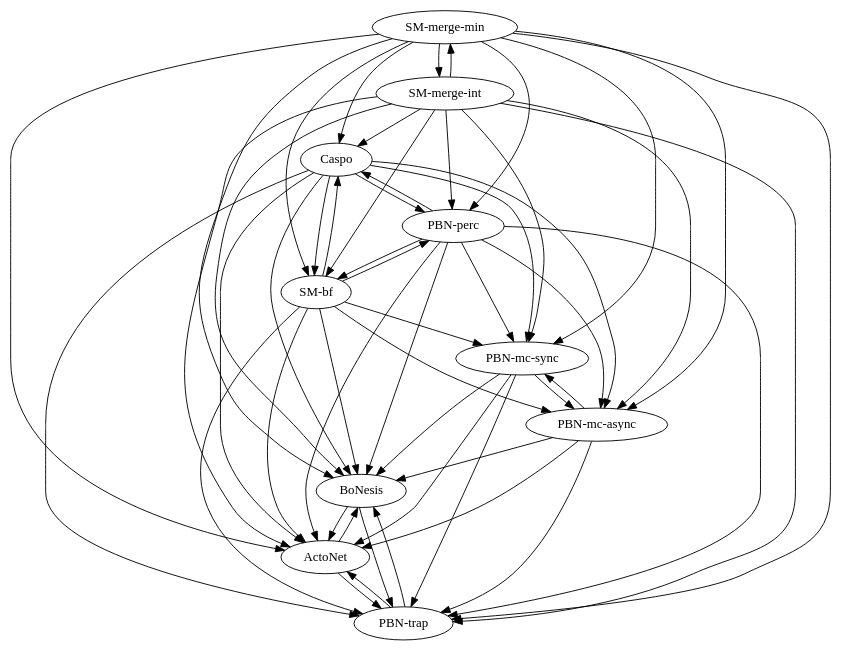
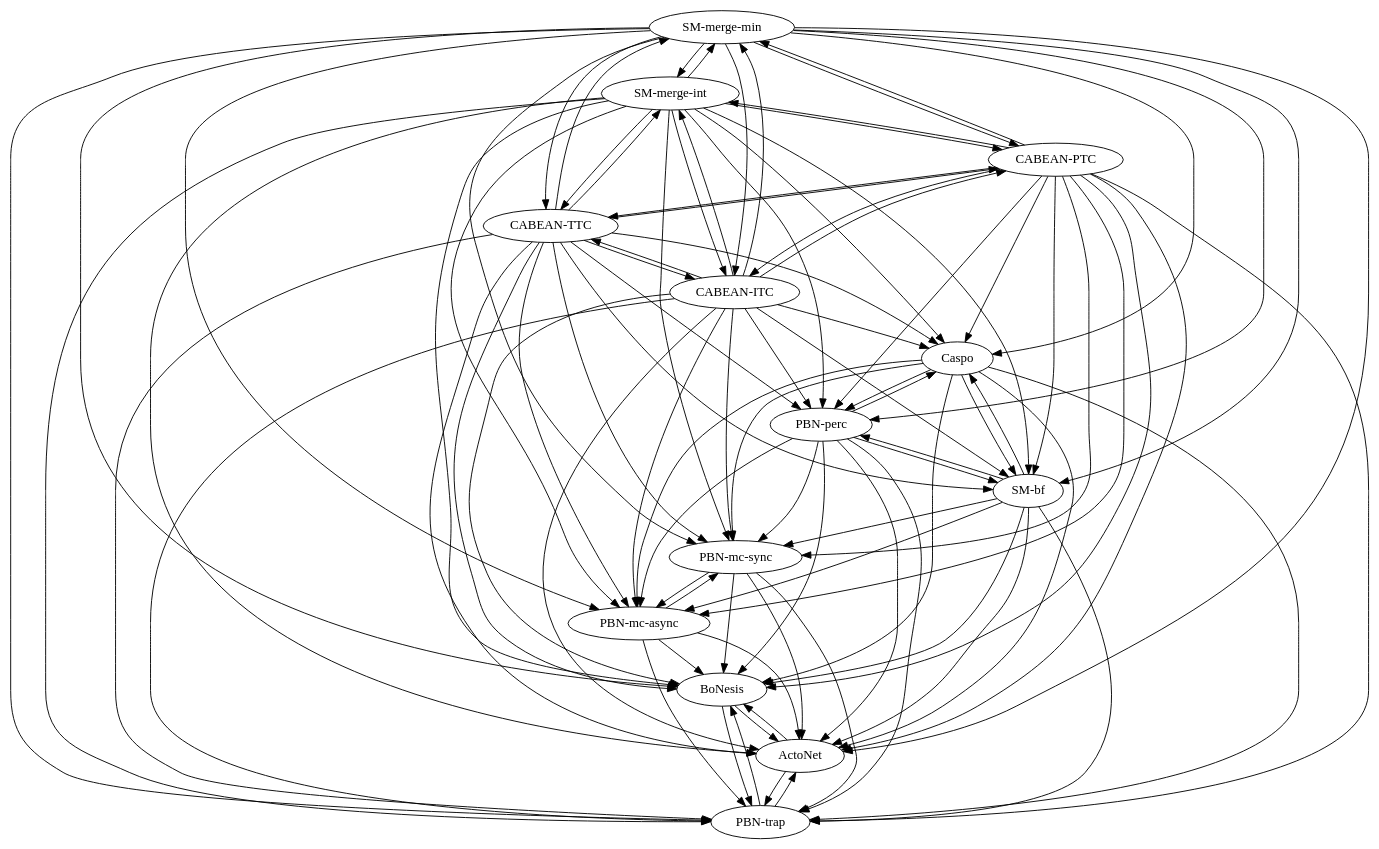
One commit to kalebmoon07/BN-control-taxonomy changed the diagram in experiments/results/counterexamples/ce_yes_MTS_no_ASA/_graph.dot. Above: the diagram before and after it, drawn with Graphviz. The commit also changed 85 other files, not shown here.

```diff
--- a/experiments/results/counterexamples/ce_yes_MTS_no_ASA/_graph.dot
+++ b/experiments/results/counterexamples/ce_yes_MTS_no_ASA/_graph.dot
@@ -1,65 +1,110 @@
 strict digraph  {
 BoNesis;
 ActoNet;
 Caspo;
 "PBN-mc-sync";
 "PBN-mc-async";
 "PBN-perc";
 "PBN-trap";
 "SM-bf";
 "SM-merge-min";
 "SM-merge-int";
+"CABEAN-ITC";
+"CABEAN-TTC";
+"CABEAN-PTC";
 BoNesis -> ActoNet;
 BoNesis -> "PBN-trap";
 ActoNet -> BoNesis;
 ActoNet -> "PBN-trap";
 Caspo -> ActoNet;
 Caspo -> BoNesis;
 Caspo -> "PBN-mc-sync";
 Caspo -> "PBN-mc-async";
 Caspo -> "PBN-perc";
 Caspo -> "PBN-trap";
 Caspo -> "SM-bf";
 "PBN-mc-sync" -> ActoNet;
 "PBN-mc-sync" -> BoNesis;
 "PBN-mc-sync" -> "PBN-mc-async";
 "PBN-mc-sync" -> "PBN-trap";
 "PBN-mc-async" -> ActoNet;
 "PBN-mc-async" -> BoNesis;
 "PBN-mc-async" -> "PBN-mc-sync";
 "PBN-mc-async" -> "PBN-trap";
 "PBN-perc" -> ActoNet;
 "PBN-perc" -> BoNesis;
 "PBN-perc" -> Caspo;
 "PBN-perc" -> "PBN-mc-sync";
 "PBN-perc" -> "PBN-mc-async";
 "PBN-perc" -> "PBN-trap";
 "PBN-perc" -> "SM-bf";
 "PBN-trap" -> ActoNet;
 "PBN-trap" -> BoNesis;
 "SM-bf" -> ActoNet;
 "SM-bf" -> BoNesis;
 "SM-bf" -> Caspo;
 "SM-bf" -> "PBN-mc-sync";
 "SM-bf" -> "PBN-mc-async";
 "SM-bf" -> "PBN-perc";
 "SM-bf" -> "PBN-trap";
 "SM-merge-min" -> ActoNet;
 "SM-merge-min" -> BoNesis;
 "SM-merge-min" -> Caspo;
 "SM-merge-min" -> "PBN-mc-sync";
 "SM-merge-min" -> "PBN-mc-async";
 "SM-merge-min" -> "PBN-perc";
 "SM-merge-min" -> "PBN-trap";
 "SM-merge-min" -> "SM-bf";
 "SM-merge-min" -> "SM-merge-int";
+"SM-merge-min" -> "CABEAN-ITC";
+"SM-merge-min" -> "CABEAN-TTC";
+"SM-merge-min" -> "CABEAN-PTC";
 "SM-merge-int" -> ActoNet;
 "SM-merge-int" -> BoNesis;
 "SM-merge-int" -> Caspo;
 "SM-merge-int" -> "PBN-mc-sync";
 "SM-merge-int" -> "PBN-mc-async";
 "SM-merge-int" -> "PBN-perc";
 "SM-merge-int" -> "PBN-trap";
 "SM-merge-int" -> "SM-bf";
 "SM-merge-int" -> "SM-merge-min";
+"SM-merge-int" -> "CABEAN-ITC";
+"SM-merge-int" -> "CABEAN-TTC";
+"SM-merge-int" -> "CABEAN-PTC";
+"CABEAN-ITC" -> ActoNet;
+"CABEAN-ITC" -> BoNesis;
+"CABEAN-ITC" -> Caspo;
+"CABEAN-ITC" -> "PBN-mc-sync";
+"CABEAN-ITC" -> "PBN-mc-async";
+"CABEAN-ITC" -> "PBN-perc";
+"CABEAN-ITC" -> "PBN-trap";
+"CABEAN-ITC" -> "SM-bf";
+"CABEAN-ITC" -> "SM-merge-min";
+"CABEAN-ITC" -> "SM-merge-int";
+"CABEAN-ITC" -> "CABEAN-TTC";
+"CABEAN-ITC" -> "CABEAN-PTC";
+"CABEAN-TTC" -> ActoNet;
+"CABEAN-TTC" -> BoNesis;
+"CABEAN-TTC" -> Caspo;
+"CABEAN-TTC" -> "PBN-mc-sync";
+"CABEAN-TTC" -> "PBN-mc-async";
+"CABEAN-TTC" -> "PBN-perc";
+"CABEAN-TTC" -> "PBN-trap";
+"CABEAN-TTC" -> "SM-bf";
+"CABEAN-TTC" -> "SM-merge-min";
+"CABEAN-TTC" -> "SM-merge-int";
+"CABEAN-TTC" -> "CABEAN-ITC";
+"CABEAN-TTC" -> "CABEAN-PTC";
+"CABEAN-PTC" -> ActoNet;
+"CABEAN-PTC" -> BoNesis;
+"CABEAN-PTC" -> Caspo;
+"CABEAN-PTC" -> "PBN-mc-sync";
+"CABEAN-PTC" -> "PBN-mc-async";
+"CABEAN-PTC" -> "PBN-perc";
+"CABEAN-PTC" -> "PBN-trap";
+"CABEAN-PTC" -> "SM-bf";
+"CABEAN-PTC" -> "SM-merge-min";
+"CABEAN-PTC" -> "SM-merge-int";
+"CABEAN-PTC" -> "CABEAN-ITC";
+"CABEAN-PTC" -> "CABEAN-TTC";
 }
```
